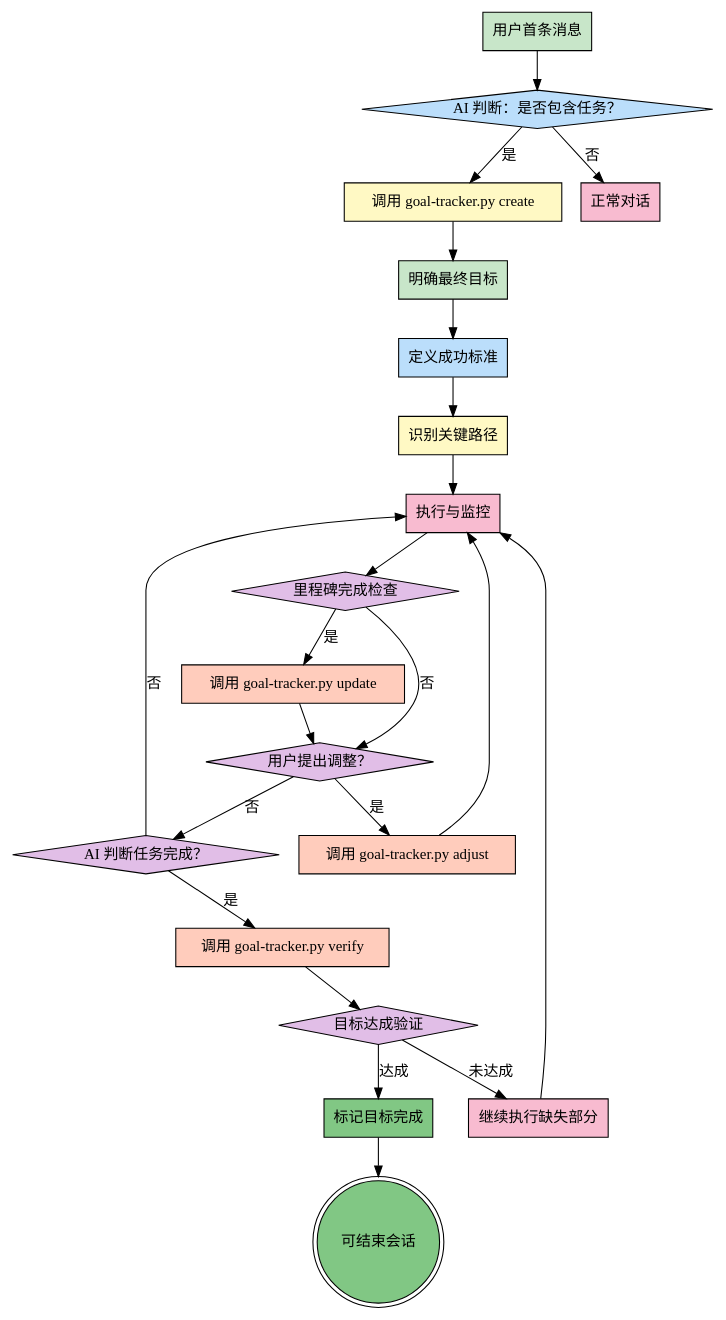
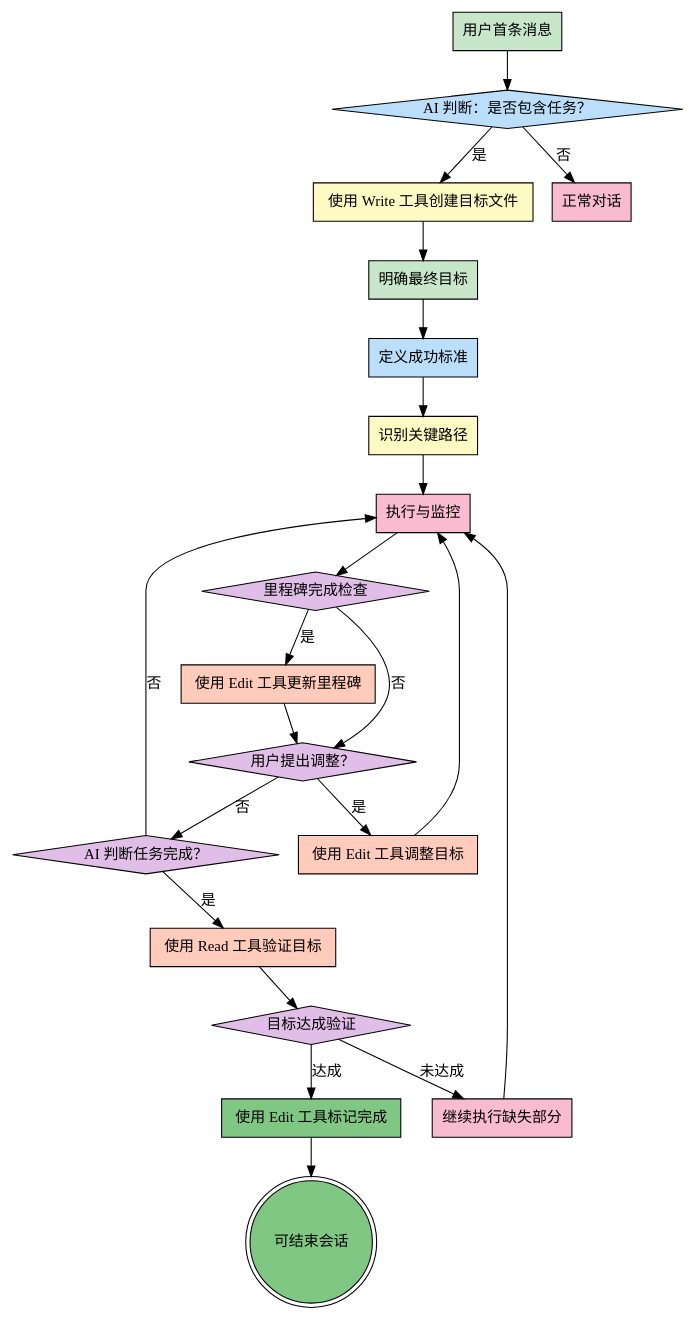
Before and after one commit to konglong87/methodology-skills: the diagram in skills/goal-oriented/SKILL.md, drawn with Graphviz. The commit also changed other lines of this file and 5 other files, not shown here.

````diff
--- a/skills/goal-oriented/SKILL.md
+++ b/skills/goal-oriented/SKILL.md
@@ -139,46 +121,46 @@
 ```dot
 digraph goal_oriented_with_tools {
     rankdir=TB;
 
     "用户首条消息" [shape=box, style=filled, fillcolor="#c8e6c9"];
     "AI 判断：是否包含任务？" [shape=diamond, style=filled, fillcolor="#bbdefb"];
-    "调用 goal-tracker.py create" [shape=box, style=filled, fillcolor="#fff9c4"];
+    "使用 Write 工具创建目标文件" [shape=box, style=filled, fillcolor="#fff9c4"];
     "明确最终目标" [shape=box, style=filled, fillcolor="#c8e6c9"];
     "定义成功标准" [shape=box, style=filled, fillcolor="#bbdefb"];
     "识别关键路径" [shape=box, style=filled, fillcolor="#fff9c4"];
     "执行与监控" [shape=box, style=filled, fillcolor="#f8bbd0"];
     "里程碑完成检查" [shape=diamond, style=filled, fillcolor="#e1bee7"];
-    "调用 goal-tracker.py update" [shape=box, style=filled, fillcolor="#ffccbc"];
+    "使用 Edit 工具更新里程碑" [shape=box, style=filled, fillcolor="#ffccbc"];
     "用户提出调整？" [shape=diamond, style=filled, fillcolor="#e1bee7"];
-    "调用 goal-tracker.py adjust" [shape=box, style=filled, fillcolor="#ffccbc"];
+    "使用 Edit 工具调整目标" [shape=box, style=filled, fillcolor="#ffccbc"];
     "AI 判断任务完成？" [shape=diamond, style=filled, fillcolor="#e1bee7"];
-    "调用 goal-tracker.py verify" [shape=box, style=filled, fillcolor="#ffccbc"];
+    "使用 Read 工具验证目标" [shape=box, style=filled, fillcolor="#ffccbc"];
     "目标达成验证" [shape=diamond, style=filled, fillcolor="#e1bee7"];
     "继续执行缺失部分" [shape=box, style=filled, fillcolor="#f8bbd0"];
-    "标记目标完成" [shape=box, style=filled, fillcolor="#81c784"];
+    "使用 Edit 工具标记完成" [shape=box, style=filled, fillcolor="#81c784"];
     "可结束会话" [shape=doublecircle, style=filled, fillcolor="#81c784"];
     "正常对话" [shape=box, style=filled, fillcolor="#f8bbd0"];
 
     "用户首条消息" -> "AI 判断：是否包含任务？";
-    "AI 判断：是否包含任务？" -> "调用 goal-tracker.py create" [label="是"];
+    "AI 判断：是否包含任务？" -> "使用 Write 工具创建目标文件" [label="是"];
     "AI 判断：是否包含任务？" -> "正常对话" [label="否"];
-    "调用 goal-tracker.py create" -> "明确最终目标";
+    "使用 Write 工具创建目标文件" -> "明确最终目标";
     "明确最终目标" -> "定义成功标准";
     "定义成功标准" -> "识别关键路径";
     "识别关键路径" -> "执行与监控";
     "执行与监控" -> "里程碑完成检查";
-    "里程碑完成检查" -> "调用 goal-tracker.py update" [label="是"];
-    "调用 goal-tracker.py update" -> "用户提出调整？";
+    "里程碑完成检查" -> "使用 Edit 工具更新里程碑" [label="是"];
+    "使用 Edit 工具更新里程碑" -> "用户提出调整？";
     "里程碑完成检查" -> "用户提出调整？" [label="否"];
-    "用户提出调整？" -> "调用 goal-tracker.py adjust" [label="是"];
+    "用户提出调整？" -> "使用 Edit 工具调整目标" [label="是"];
     "用户提出调整？" -> "AI 判断任务完成？" [label="否"];
-    "调用 goal-tracker.py adjust" -> "执行与监控";
-    "AI 判断任务完成？" -> "调用 goal-tracker.py verify" [label="是"];
+    "使用 Edit 工具调整目标" -> "执行与监控";
+    "AI 判断任务完成？" -> "使用 Read 工具验证目标" [label="是"];
     "AI 判断任务完成？" -> "执行与监控" [label="否"];
-    "调用 goal-tracker.py verify" -> "目标达成验证";
+    "使用 Read 工具验证目标" -> "目标达成验证";
     "目标达成验证" -> "继续执行缺失部分" [label="未达成"];
-    "目标达成验证" -> "标记目标完成" [label="达成"];
-    "标记目标完成" -> "可结束会话";
+    "目标达成验证" -> "使用 Edit 工具标记完成" [label="达成"];
+    "使用 Edit 工具标记完成" -> "可结束会话";
     "继续执行缺失部分" -> "执行与监控";
 }
 ```
````
